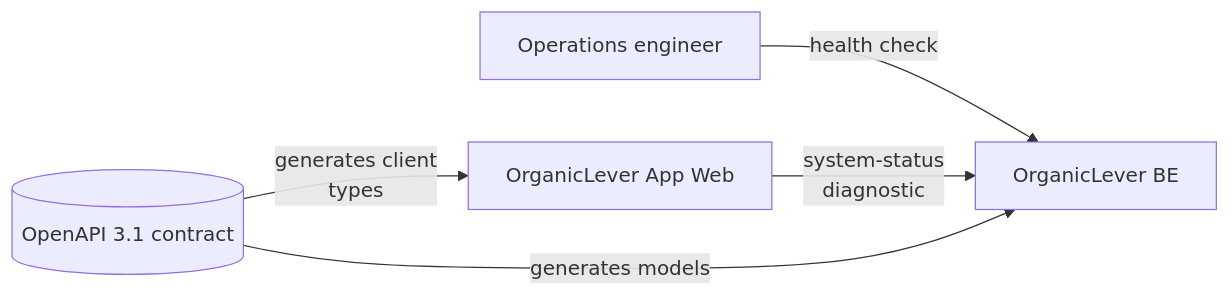
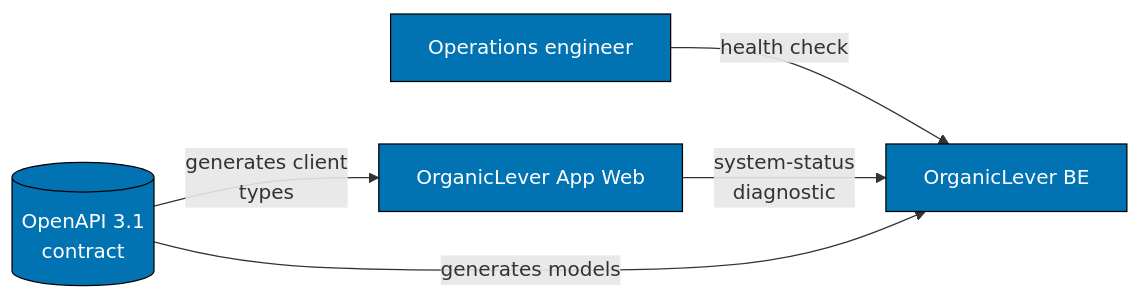
The diagram in specs/apps/organiclever/be/architecture.md (wahidyankf/ose-public), drawn with Mermaid before and after one commit. The commit also changed 220 other files, not shown here.

First line of the commit message:
docs: split mermaid labels to 20 graphemes and add palette defaults

````diff
--- a/specs/apps/organiclever/be/architecture.md
+++ b/specs/apps/organiclever/be/architecture.md
@@ -15,9 +15,10 @@
 ```mermaid
 flowchart LR
     accTitle: System Context
     accDescr: Operations engineer leads to OrganicLever BE via health check; OrganicLever App Web leads to OrganicLever BE via system-status diagnostic; OpenAPI 3.1 contract leads to OrganicLever BE via generates models; and 1 more links.
     OPS[Operations engineer] -->|health check| BE[OrganicLever BE]
     APP[OrganicLever App Web] -->|system-status<br/>diagnostic| BE
-    CONTRACT[(OpenAPI 3.1 contract)] -->|generates models| BE
+    CONTRACT[(OpenAPI 3.1<br/>contract)] -->|generates models| BE
     CONTRACT -->|generates client<br/>types| APP
+    classDef default fill:#0173B2,stroke:#000000,color:#FFFFFF
 ```
````
